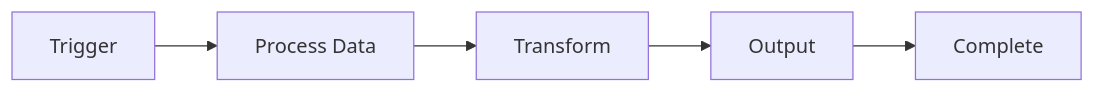
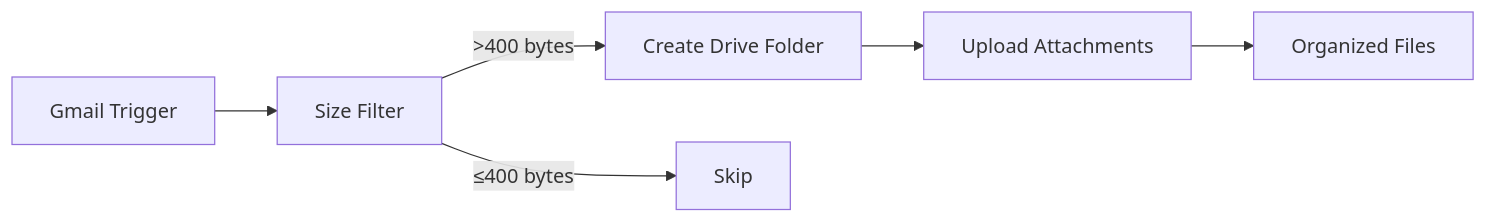
Before and after one commit to jeremylongshore/gmail-drive-organizer-n8n: the diagram in README.md, drawn with Mermaid. The commit also changed other lines of this file, not shown here.

Commit message:
Update README with custom workflow diagram and detailed documentation

````diff
--- a/README.md
+++ b/README.md
@@ -16,7 +16,8 @@
 ```mermaid
 graph LR
-    A[Trigger] --> B[Process Data]
-    B --> C[Transform]
-    C --> D[Output]
-    D --> E[Complete]
+    A[Gmail Trigger] --> B[Size Filter]
+    B -->|>400 bytes| C[Create Drive Folder]
+    B -->|≤400 bytes| D[Skip]
+    C --> E[Upload Attachments]
+    E --> F[Organized Files]
 ```
````
